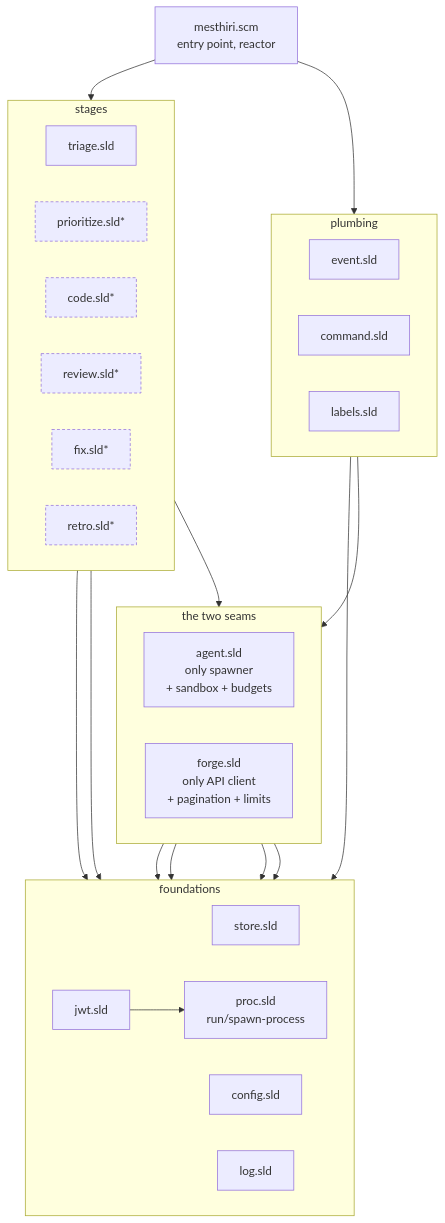
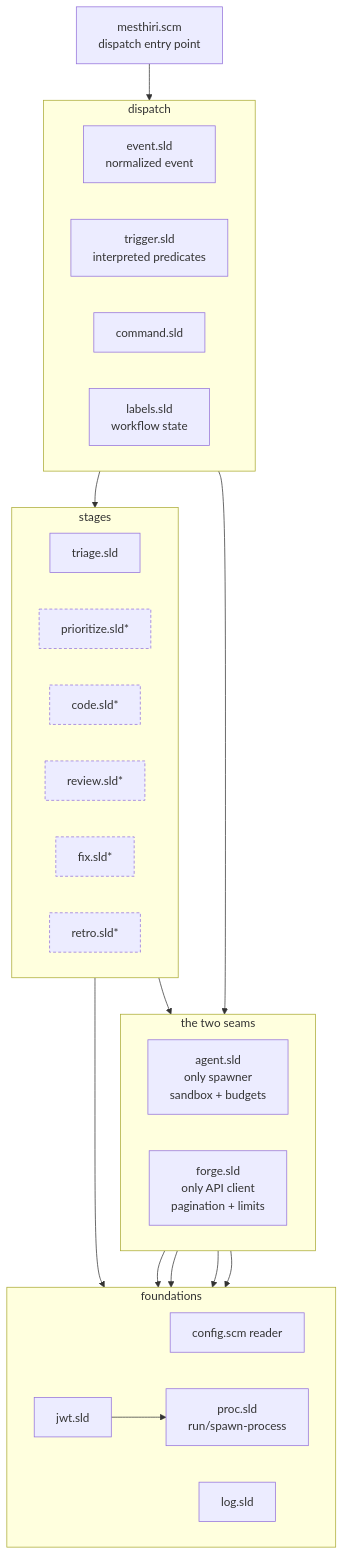
The sixth of 7 diagrams in docs/architecture.md (mesthiri/mesthiri), drawn with Mermaid before and after one commit. The commit also changed other lines of this file and 5 other files, not shown here.

First line of the commit message:
Re-architect to CI-native dispatch, inspired by fullsend

````diff
--- a/docs/architecture.md
+++ b/docs/architecture.md
@@ -179,52 +195,50 @@
 ```mermaid
 flowchart TD
-  main["mesthiri.scm<br/>entry point, reactor"]
+  client["mesthiri.scm<br/>dispatch entry point"]
 
   subgraph stages["stages"]
     direction LR
     triage["triage.sld"]
     prioritize["prioritize.sld*"]
     codestage["code.sld*"]
     review["review.sld*"]
     fixstage["fix.sld*"]
     retro["retro.sld*"]
   end
 
-  subgraph plumbing["plumbing"]
+  subgraph disp["dispatch"]
     direction LR
-    event["event.sld"]
+    event["event.sld<br/>normalized event"]
+    trigger["trigger.sld<br/>interpreted predicates"]
     command["command.sld"]
-    labels["labels.sld"]
+    labels["labels.sld<br/>workflow state"]
   end
 
   subgraph seams["the two seams"]
     direction LR
-    agentmod["agent.sld<br/>only spawner<br/>+ sandbox + budgets"]
-    forge["forge.sld<br/>only API client<br/>+ pagination + limits"]
+    agentmod["agent.sld<br/>only spawner<br/>sandbox + budgets"]
+    forge["forge.sld<br/>only API client<br/>pagination + limits"]
   end
 
   subgraph base["foundations"]
     direction LR
-    store["store.sld"]
-    config["config.sld"]
+    config["config.scm reader"]
     logmod["log.sld"]
     jwt["jwt.sld"]
     proc["proc.sld<br/>run/spawn-process"]
   end
 
-  main --> stages
-  main --> plumbing
+  client --> disp
+  disp --> stages
   stages --> seams
-  plumbing --> seams
-  plumbing --> store
+  disp --> seams
   seams --> base
   forge --> jwt
   jwt --> proc
   agentmod --> proc
-  stages --> store
   stages --> logmod
   seams --> config
 
   classDef prov stroke-dasharray: 4 3
   class prioritize,codestage,review,fixstage,retro prov
 ```
````
